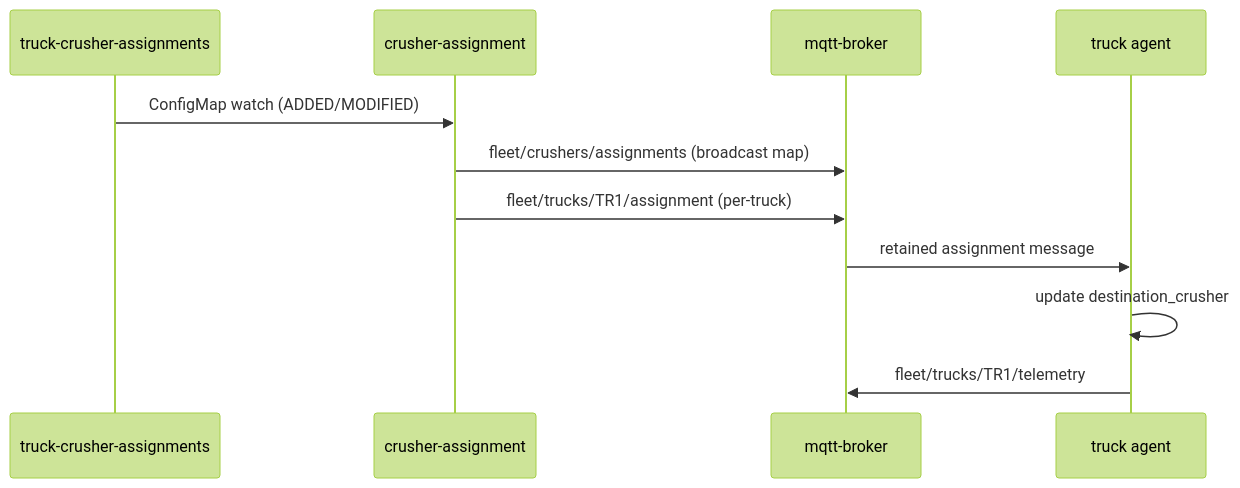
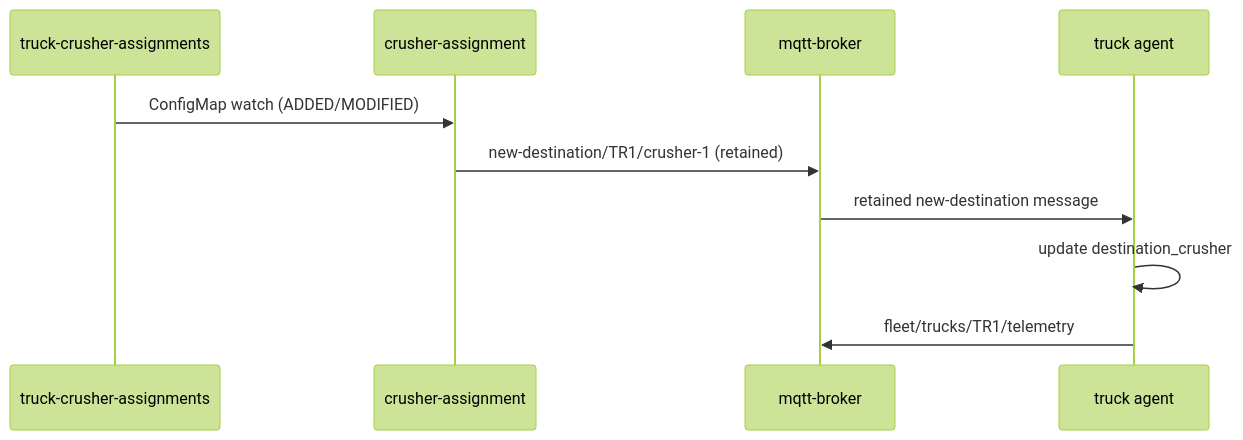
One commit to SimonDelord/alleo-work changed the diagram in docs/mining-fleet/truck-fleet/README.md. Above: the diagram before and after it, drawn with Mermaid (forest theme). The commit also changed other lines of this file and 6 other files, not shown here.

Commit message:
refactor(truck-fleet): use new-destination MQTT topic for crusher routing

````diff
--- a/docs/mining-fleet/truck-fleet/README.md
+++ b/docs/mining-fleet/truck-fleet/README.md
@@ -57,14 +57,13 @@
 ```mermaid
 sequenceDiagram
     participant CM as truck-crusher-assignments
     participant CA as crusher-assignment
     participant MQTT as mqtt-broker
     participant TR as truck agent
 
     CM->>CA: ConfigMap watch (ADDED/MODIFIED)
-    CA->>MQTT: fleet/crushers/assignments (broadcast map)
-    CA->>MQTT: fleet/trucks/TR1/assignment (per-truck)
-    MQTT->>TR: retained assignment message
+    CA->>MQTT: new-destination/TR1/crusher-1 (retained)
+    MQTT->>TR: retained new-destination message
     TR->>TR: update destination_crusher
     TR->>MQTT: fleet/trucks/TR1/telemetry
 ```
````
